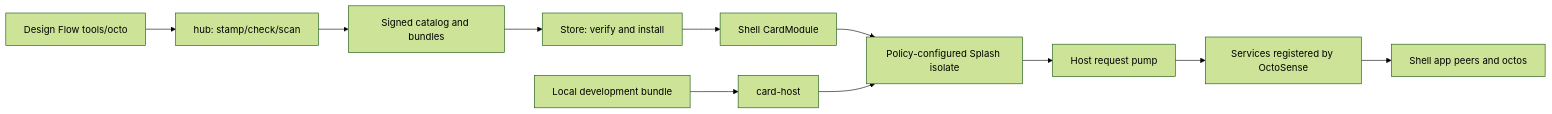
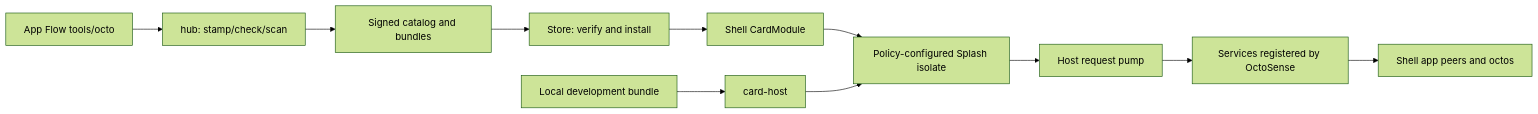
One commit to OctoSense-org/OctoSense-App-Hub changed the diagram in docs/CODE-WALKTHROUGH.md. Above: the diagram before and after it, drawn with Mermaid (forest theme). The commit also changed other lines of this file and 19 other files, not shown here.

First line of the commit message:
docs: rename Design Flow to OctoSense App Flow

````diff
--- a/docs/CODE-WALKTHROUGH.md
+++ b/docs/CODE-WALKTHROUGH.md
@@ -49,13 +50,13 @@
 ```mermaid
 flowchart LR
-    Author[Design Flow tools/octo] --> Gate[hub: stamp/check/scan]
+    Author[App Flow tools/octo] --> Gate[hub: stamp/check/scan]
     Gate --> Catalog[Signed catalog and bundles]
     Catalog --> Store[Store: verify and install]
     Store --> Runner[Shell CardModule]
     Bundle[Local development bundle] --> Standalone[card-host]
     Runner --> Splash[Policy-configured Splash isolate]
     Standalone --> Splash
     Splash --> Pump[Host request pump]
     Pump --> Services[Services registered by OctoSense]
     Services --> Agents[Shell app peers and octos]
 ```
````
